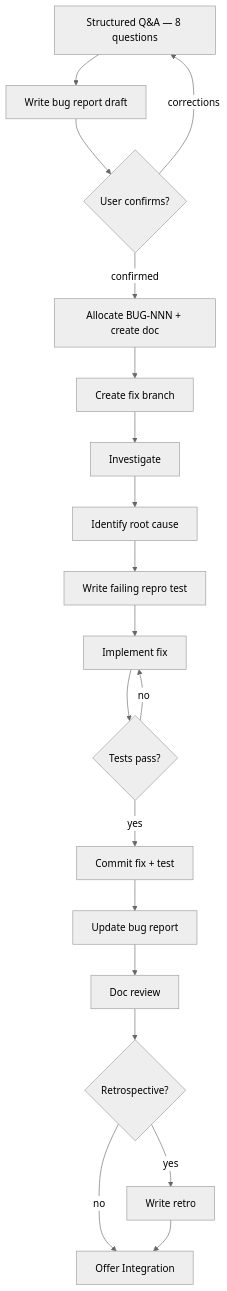
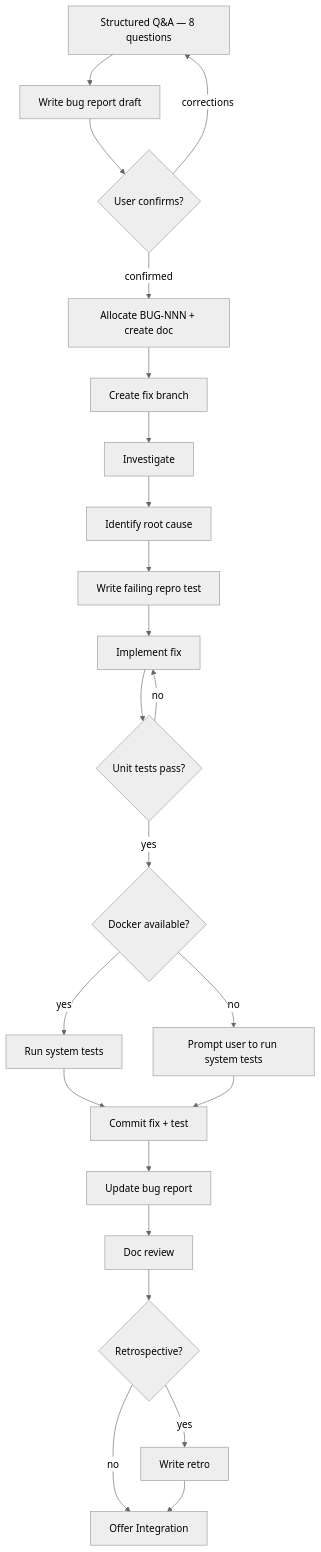
One commit to rbreunung/spring-kotlin-kafka-gradle-demo-2 changed the diagram in docs/workflows/bug-fix.md. Above: the diagram before and after it, drawn with Mermaid (neutral theme). The commit also changed other lines of this file and 1 other file, not shown here.

Commit message:
chore: promote system-test verification to STEP 7 in bug-fix workflow
Renumber former STEP 6b → STEP 7 (ordered, not sub-step); shift commit,
doc update, doc review, retro, and integration offer to STEPS 8–12.
Update mermaid flowchart to show Docker availability branch.
Align RETRO-019 suggestion text to reference STEP 7.

````diff
--- a/docs/workflows/bug-fix.md
+++ b/docs/workflows/bug-fix.md
@@ -3,21 +3,25 @@
 ```mermaid
 flowchart TD
     A[Structured Q&A — 8 questions] --> B[Write bug report draft]
     B --> C{User confirms?}
     C -->|corrections| A
     C -->|confirmed| D[Allocate BUG-NNN + create doc]
     D --> E[Create fix branch]
     E --> F[Investigate]
     F --> G[Identify root cause]
     G --> H[Write failing repro test]
     H --> I[Implement fix]
-    I --> J{Tests pass?}
+    I --> J{Unit tests pass?}
     J -->|no| I
-    J -->|yes| K[Commit fix + test]
-    K --> L[Update bug report]
-    L --> M[Doc review]
-    M --> N{Retrospective?}
-    N -->|yes| O[Write retro]
-    N -->|no| P[Offer Integration]
-    O --> P
+    J -->|yes| K{Docker available?}
+    K -->|yes| L[Run system tests]
+    K -->|no| M[Prompt user to run system tests]
+    L --> N[Commit fix + test]
+    M --> N
+    N --> O[Update bug report]
+    O --> P[Doc review]
+    P --> Q{Retrospective?}
+    Q -->|yes| R[Write retro]
+    Q -->|no| S[Offer Integration]
+    R --> S
 ```
````
